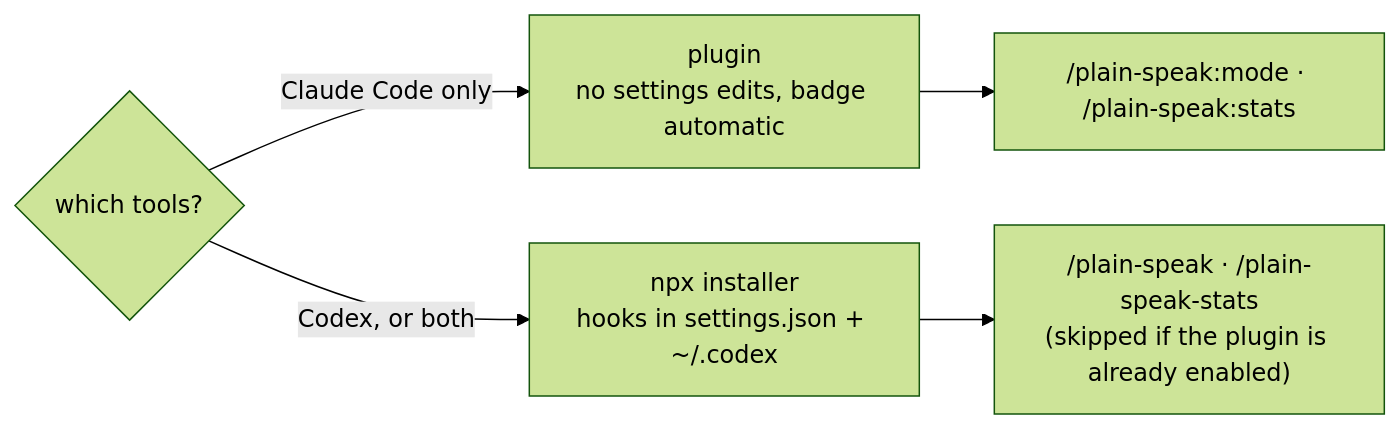
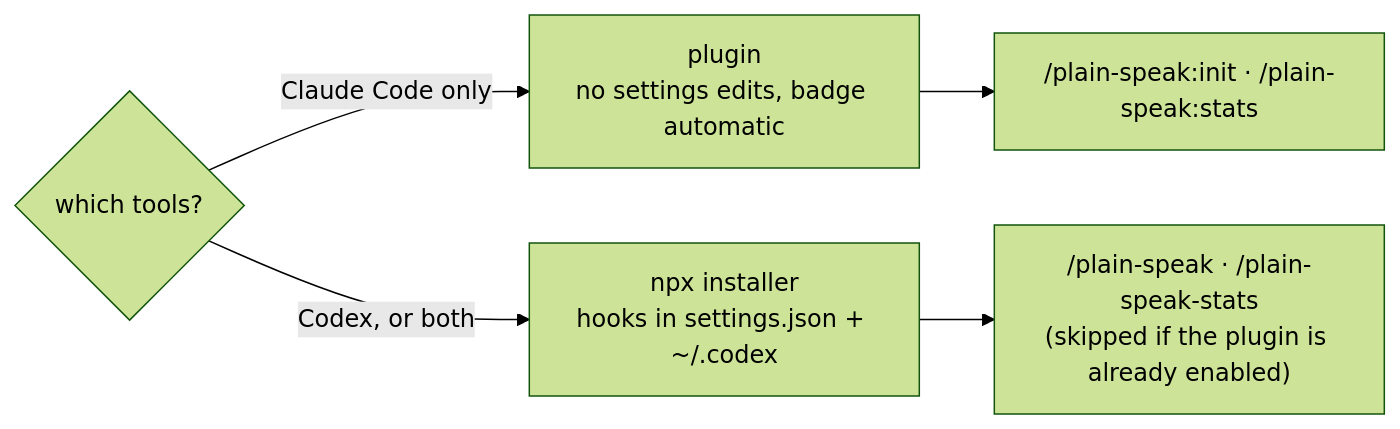
Before and after one commit to rnzsanchez/plain-speak: the diagram in docs/install.md, drawn with Mermaid (forest theme). The commit also changed other lines of this file and 9 other files, not shown here.

Commit message:
feat: rename the mode command to /plain-speak:init

````diff
--- a/docs/install.md
+++ b/docs/install.md
@@ -5,7 +5,7 @@
 ```mermaid
 flowchart LR
     Q{"which tools?"} -->|"Claude Code only"| P["plugin<br/>no settings edits, badge automatic"]
     Q -->|"Codex, or both"| N["npx installer<br/>hooks in settings.json + ~/.codex"]
-    P --> C1["/plain-speak:mode · /plain-speak:stats"]
+    P --> C1["/plain-speak:init · /plain-speak:stats"]
     N --> C2["/plain-speak · /plain-speak-stats<br/>(skipped if the plugin is already enabled)"]
 ```
````
